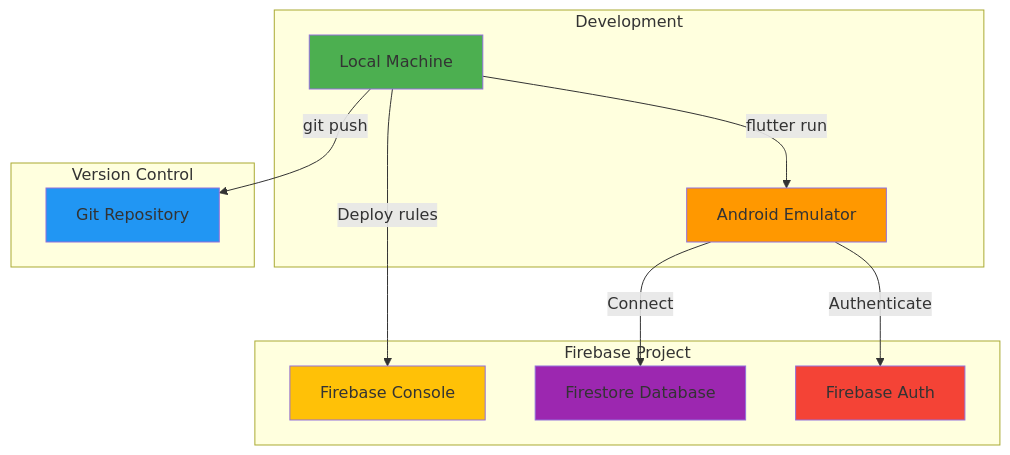
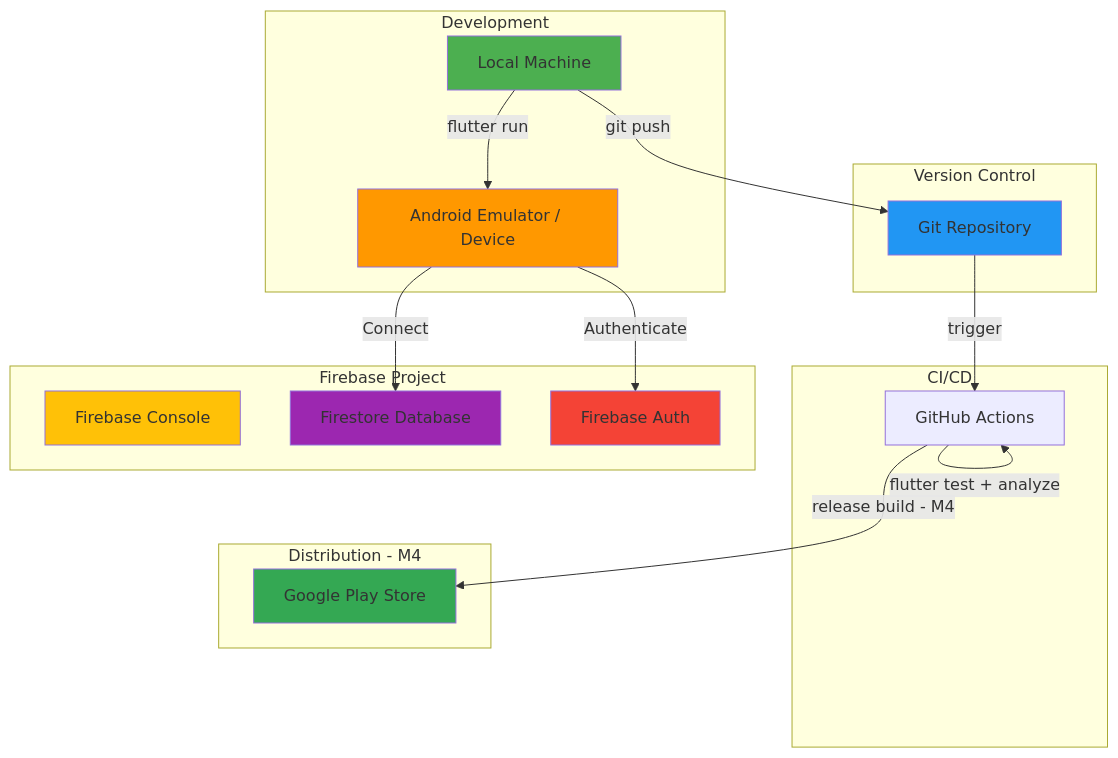
The fifth of 5 diagrams in docs/architecture.md (aleksanderginalski/Friendsheet-App), drawn with Mermaid before and after one commit. The commit also changed other lines of this file and 3 other files, not shown here.

````diff
--- a/docs/architecture.md
+++ b/docs/architecture.md
@@ -277,30 +409,41 @@
 ```mermaid
 graph TB
     subgraph "Development"
         A[Local Machine]
-        B[Android Emulator]
+        B[Android Emulator / Device]
     end
     
     subgraph "Version Control"
         C[Git Repository]
+    end
+    
+    subgraph "CI/CD"
+        G[GitHub Actions]
+    end
+
+    subgraph "Distribution - M4"
+        H[Google Play Store]
     end
     
     subgraph "Firebase Project"
         D[Firebase Console]
         E[Firestore Database]
         F[Firebase Auth]
     end
     
     A -->|flutter run| B
     A -->|git push| C
-    A -->|Deploy rules| D
+    C -->|trigger| G
+    G -->|flutter test + analyze| G
+    G -->|release build - M4| H
     B -->|Connect| E
     B -->|Authenticate| F
     
     style A fill:#4CAF50
     style B fill:#FF9800
     style C fill:#2196F3
     style D fill:#FFC107
     style E fill:#9C27B0
     style F fill:#F44336
+    style H fill:#34A853
 ```
````
